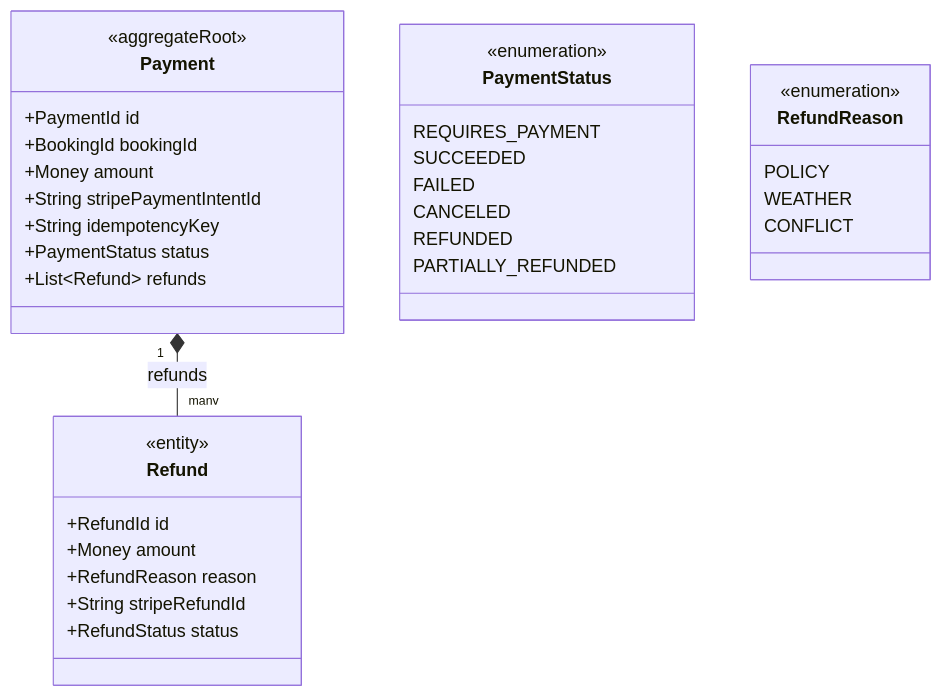
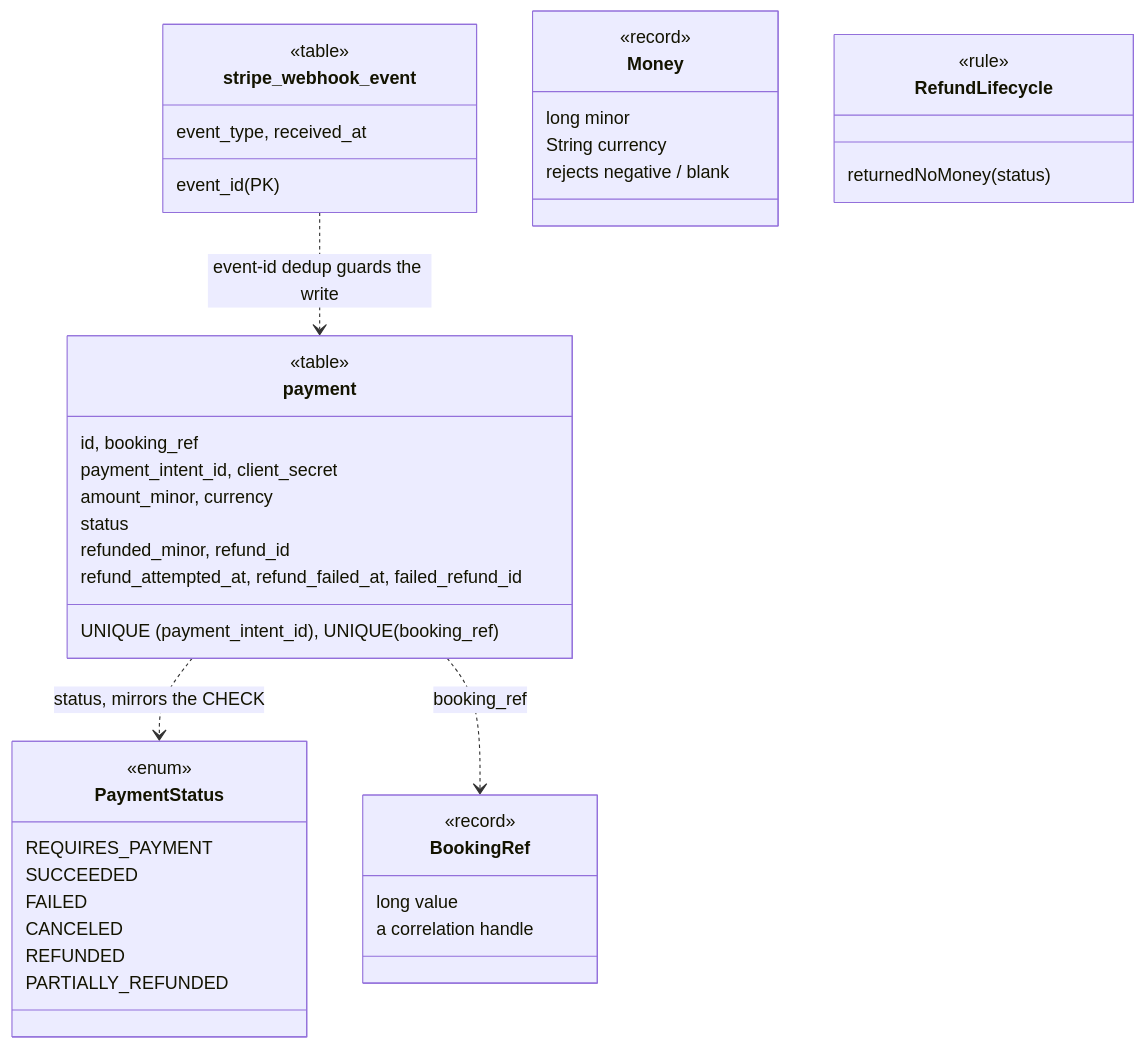
One commit to ivopogace/riviera-sunbed-booking changed the sixth of 15 diagrams in docs/architecture/domain-model.md. Above: the diagram before and after it, drawn with Mermaid. The commit also changed other lines of this file and 53 other files, not shown here.

````diff
--- a/docs/architecture/domain-model.md
+++ b/docs/architecture/domain-model.md
@@ -283,37 +371,45 @@
 ```mermaid
 classDiagram
-    class Payment {
-        <<aggregateRoot>>
-        +PaymentId id
-        +BookingId bookingId
-        +Money amount
-        +String stripePaymentIntentId
-        +String idempotencyKey
-        +PaymentStatus status
-        +List~Refund~ refunds
+    class payment {
+        <<table>>
+        id, booking_ref
+        payment_intent_id, client_secret
+        amount_minor, currency
+        status
+        refunded_minor, refund_id
+        refund_attempted_at, refund_failed_at, failed_refund_id
+        UNIQUE (payment_intent_id), UNIQUE (booking_ref)
     }
-    class Refund {
-        <<entity>>
-        +RefundId id
-        +Money amount
-        +RefundReason reason
-        +String stripeRefundId
-        +RefundStatus status
+    class stripe_webhook_event {
+        <<table>>
+        event_id (PK)
+        event_type, received_at
     }
     class PaymentStatus {
-        <<enumeration>>
+        <<enum>>
         REQUIRES_PAYMENT
         SUCCEEDED
         FAILED
         CANCELED
         REFUNDED
         PARTIALLY_REFUNDED
     }
-    class RefundReason {
-        <<enumeration>>
-        POLICY
-        WEATHER
-        CONFLICT
+    class Money {
+        <<record>>
+        long minor
+        String currency
+        rejects negative / blank
     }
-    Payment "1" *-- "many" Refund : refunds
+    class BookingRef {
+        <<record>>
+        long value
+        a correlation handle
+    }
+    class RefundLifecycle {
+        <<rule>>
+        returnedNoMoney(status)
+    }
+    payment ..> PaymentStatus : status, mirrors the CHECK
+    payment ..> BookingRef : booking_ref
+    stripe_webhook_event ..> payment : event-id dedup guards the write
 ```
````
